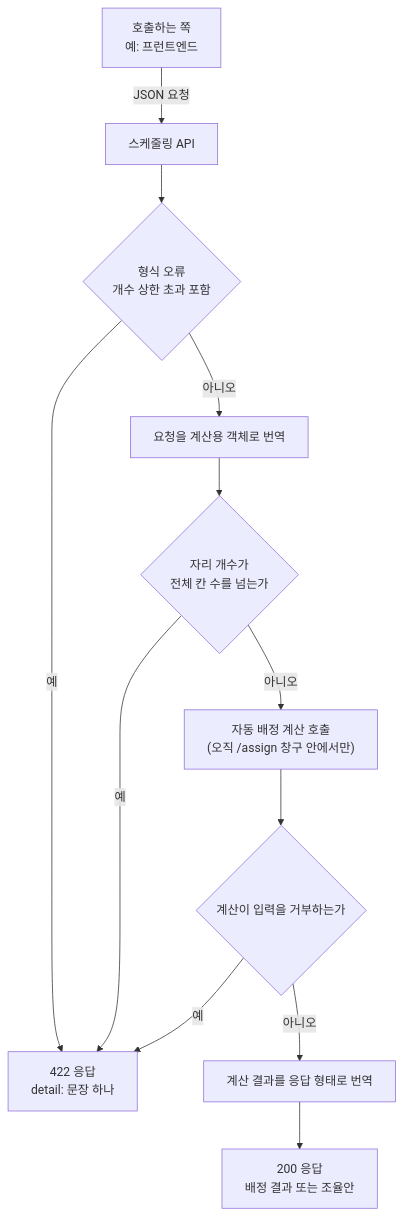
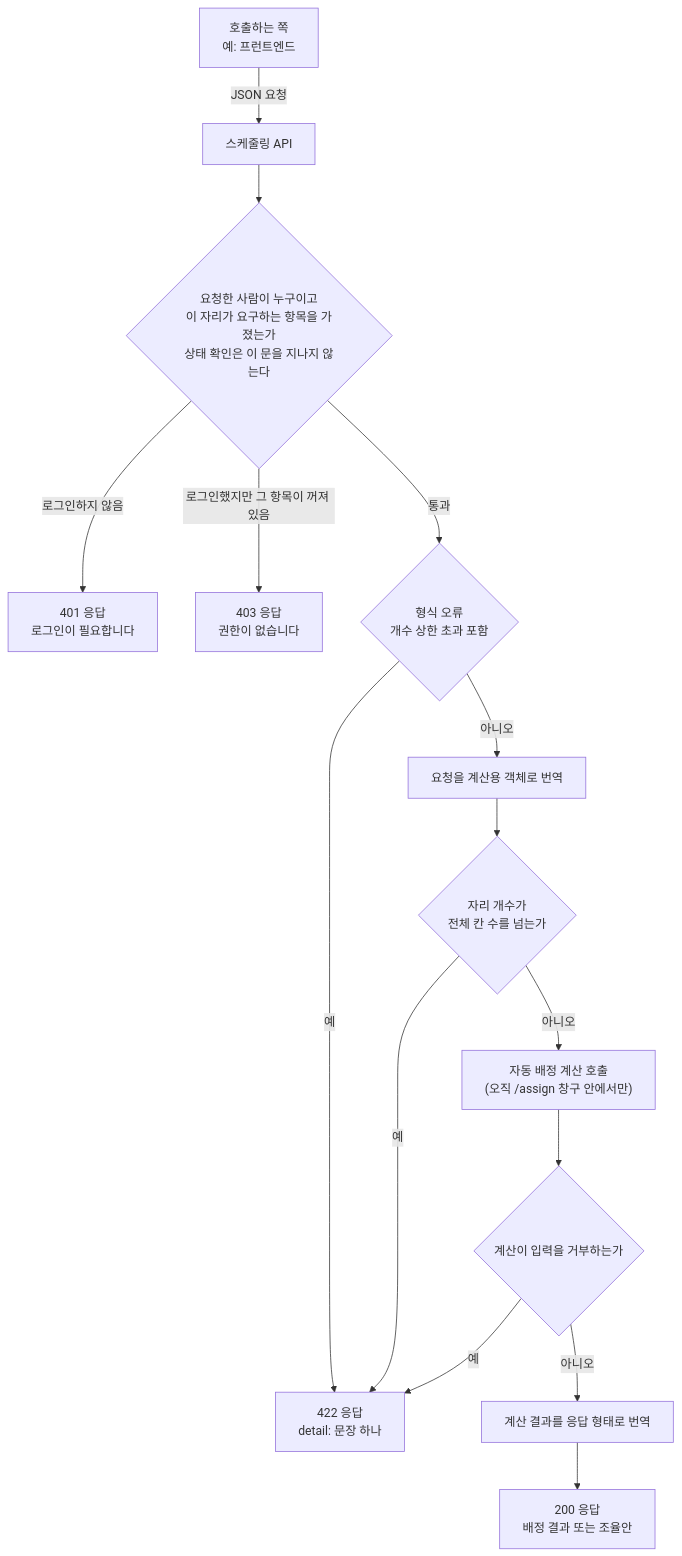
One commit to minkong-dev/Banblit changed the diagram in .cluedoc/scheduling-api/README.md. Above: the diagram before and after it, drawn with Mermaid. The commit also changed other lines of this file and 11 other files, not shown here.

````diff
--- a/.cluedoc/scheduling-api/README.md
+++ b/.cluedoc/scheduling-api/README.md
@@ -15,14 +17,17 @@
 ```mermaid
 flowchart TD
     C[호출하는 쪽<br/>예: 프런트엔드] -->|JSON 요청| A[스케줄링 API]
-    A --> S{형식 오류<br/>개수 상한 초과 포함}
+    A --> W{요청한 사람이 누구이고<br/>이 자리가 요구하는 항목을 가졌는가<br/>상태 확인은 이 문을 지나지 않는다}
+    W -->|로그인하지 않음| R0["401 응답<br/>로그인이 필요합니다"]
+    W -->|로그인했지만 그 항목이 꺼져 있음| R3["403 응답<br/>권한이 없습니다"]
+    W -->|통과| S{형식 오류<br/>개수 상한 초과 포함}
     S -->|예| R1["422 응답<br/>detail: 문장 하나"]
     S -->|아니오| M[요청을 계산용 객체로 번역]
     M --> CAP{자리 개수가<br/>전체 칸 수를 넘는가}
     CAP -->|예| R1
     CAP -->|아니오| E["자동 배정 계산 호출<br/>(오직 /assign 창구 안에서만)"]
     E --> V2{계산이 입력을 거부하는가}
     V2 -->|예| R1
     V2 -->|아니오| O[계산 결과를 응답 형태로 번역]
     O --> R2[200 응답<br/>배정 결과 또는 조율안]
 ```
````
